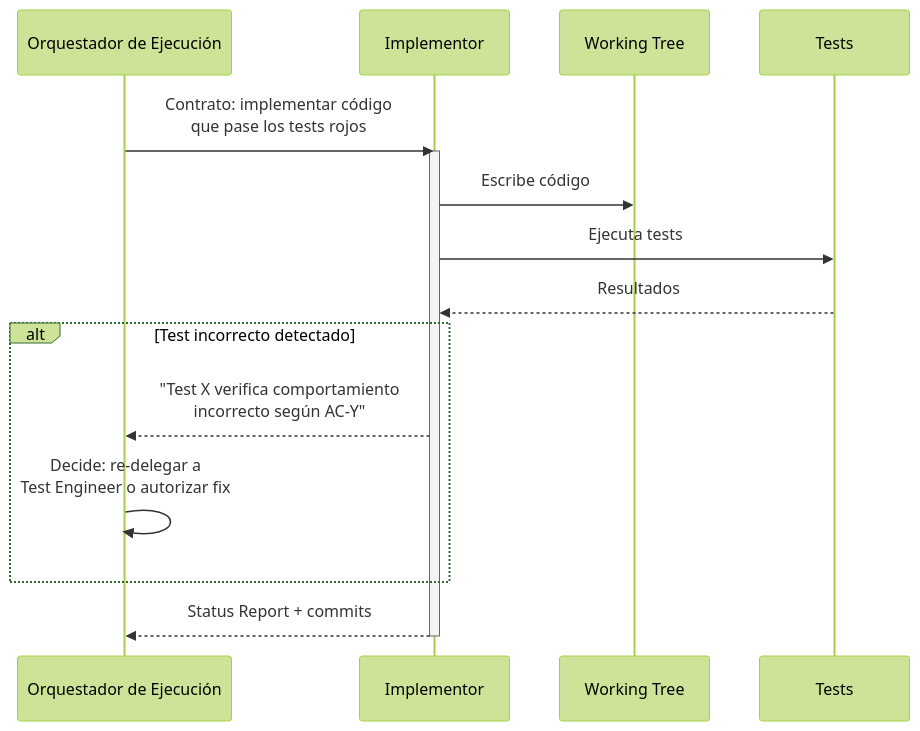
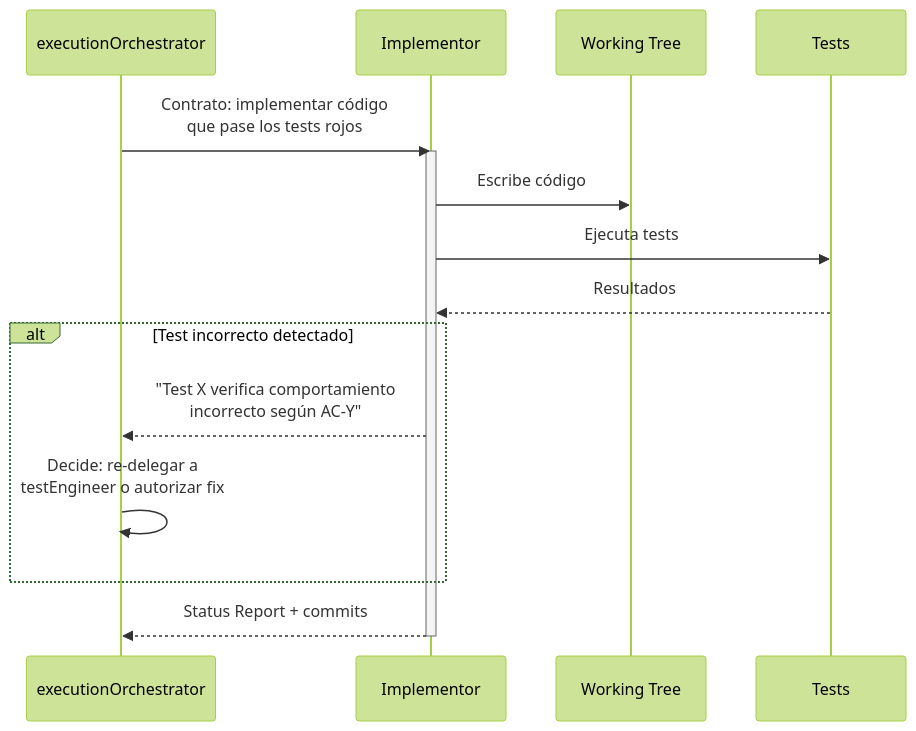
One commit to virgenherrera/idea-to-mvp changed the first of 3 diagrams in docs/execution/green.md. Above: the diagram before and after it, drawn with Mermaid (forest theme). The commit also changed other lines of this file and 30 other files, not shown here.

````diff
--- a/docs/execution/green.md
+++ b/docs/execution/green.md
@@ -13,21 +13,21 @@
 ```mermaid
 sequenceDiagram
-    participant OE as Orquestador de Ejecución
+    participant OE as executionOrchestrator
     participant IMP as Implementor
     participant WT as Working Tree
     participant CI as Tests
 
     OE->>IMP: Contrato: implementar código<br/>que pase los tests rojos
     activate IMP
     IMP->>WT: Escribe código
     IMP->>CI: Ejecuta tests
     CI-->>IMP: Resultados
 
     alt Test incorrecto detectado
         IMP-->>OE: "Test X verifica comportamiento<br/>incorrecto según AC-Y"
-        OE->>OE: Decide: re-delegar a<br/>Test Engineer o autorizar fix
+        OE->>OE: Decide: re-delegar a<br/>testEngineer o autorizar fix
     end
 
     IMP-->>OE: Status Report + commits
     deactivate IMP
 ```
````
